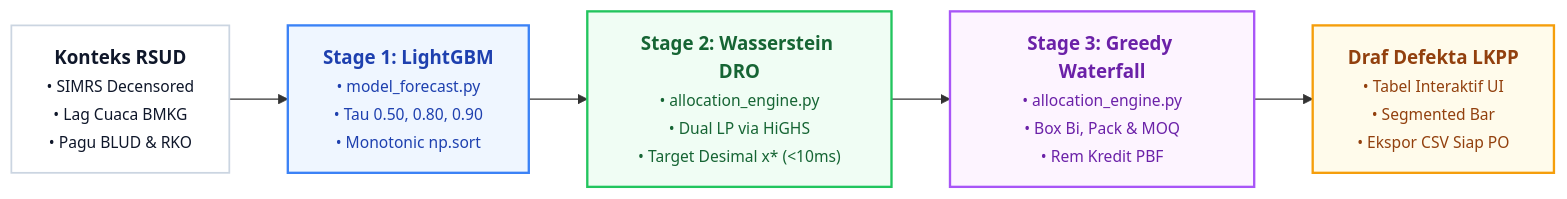
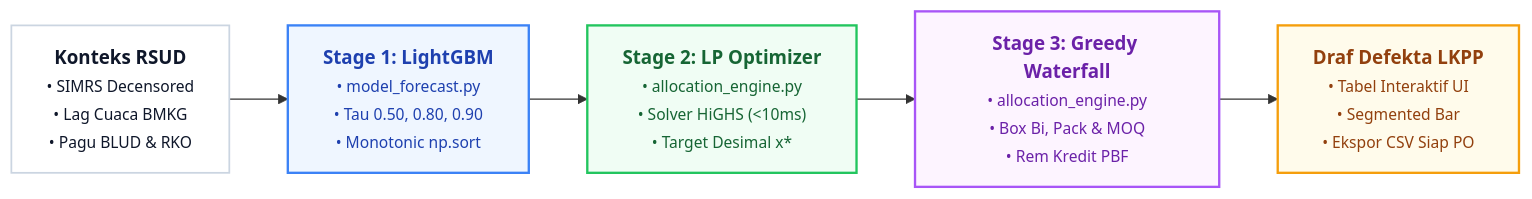
The first of 3 diagrams in projectfarmasi.md (gimigkk/sediantara-research), drawn with Mermaid before and after one commit. The commit also changed other lines of this file, not shown here.

Commit message:
refactor(spec): streamline Stage 2 to practical LP budget optimizer and refine evaluation analysis

````diff
--- a/projectfarmasi.md
+++ b/projectfarmasi.md
@@ -170,19 +170,19 @@
 ```mermaid
 flowchart LR
     classDef default fill:#ffffff,stroke:#cbd5e1,stroke-width:1.5px,color:#0f172a;
     classDef ai fill:#eff6ff,stroke:#3b82f6,stroke-width:2px,color:#1e40af;
     classDef dro fill:#f0fdf4,stroke:#22c55e,stroke-width:2px,color:#166534;
     classDef alloc fill:#fdf4ff,stroke:#a855f7,stroke-width:2px,color:#6b21a8;
     classDef out fill:#fffbeb,stroke:#f59e0b,stroke-width:2px,color:#92400e;
 
     IN["<b>Konteks RSUD</b><br/><small>• SIMRS Decensored<br/>• Lag Cuaca BMKG<br/>• Pagu BLUD &amp; RKO</small>"]
     T1["<b>Stage 1: LightGBM</b><br/><small>• model_forecast.py<br/>• Tau 0.50, 0.80, 0.90<br/>• Monotonic np.sort</small>"]:::ai
-    T2["<b>Stage 2: Wasserstein DRO</b><br/><small>• allocation_engine.py<br/>• Dual LP via HiGHS<br/>• Target Desimal x* (&lt;10ms)</small>"]:::dro
+    T2["<b>Stage 2: LP Optimizer</b><br/><small>• allocation_engine.py<br/>• Solver HiGHS (&lt;10ms)<br/>• Target Desimal x*</small>"]:::dro
     T3["<b>Stage 3: Greedy Waterfall</b><br/><small>• allocation_engine.py<br/>• Box Bi, Pack &amp; MOQ<br/>• Rem Kredit PBF</small>"]:::alloc
     OUT["<b>Draf Defekta LKPP</b><br/><small>• Tabel Interaktif UI<br/>• Segmented Bar<br/>• Ekspor CSV Siap PO</small>"]:::out
 
     IN --> T1
     T1 --> T2
     T2 --> T3
     T3 --> OUT
 ```
````
